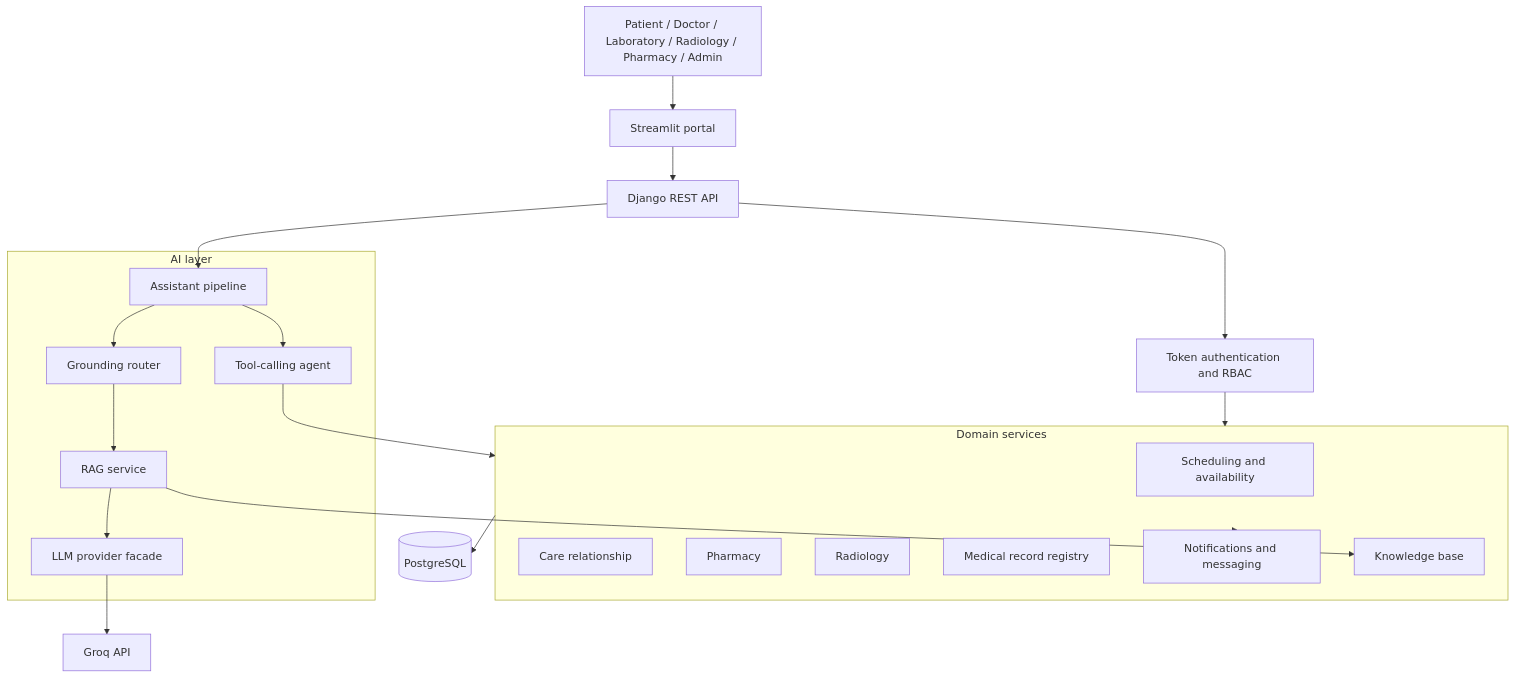
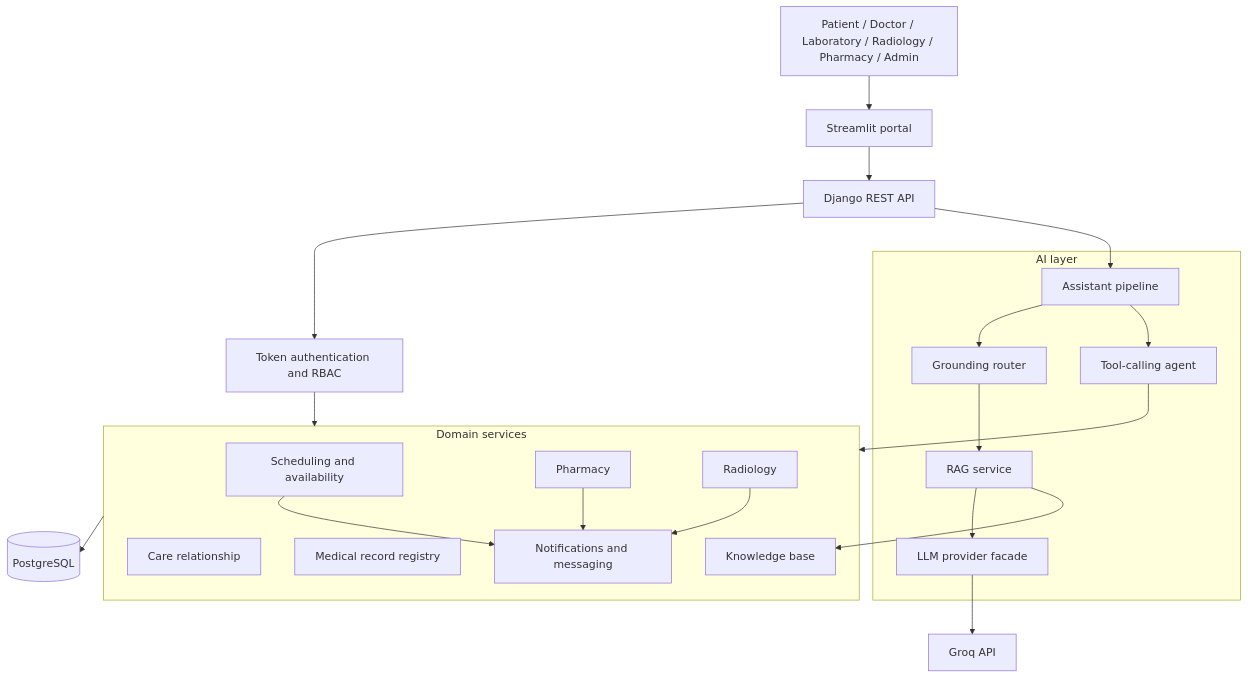
Before and after one commit to Yousef-7ossam/Roshada: the fifth of 21 diagrams in README.md, drawn with Mermaid. The commit also changed other lines of this file and 1 other file, not shown here.

````diff
--- a/README.md
+++ b/README.md
@@ -276,36 +276,38 @@
 ```mermaid
 graph TB
     U[Patient / Doctor / Laboratory / Radiology / Pharmacy / Admin]
     UI[Streamlit portal]
     API[Django REST API]
     AUTH[Token authentication and RBAC]
 
     subgraph Services["Domain services"]
         SCH[Scheduling and availability]
         CARE[Care relationship]
         PHARM[Pharmacy]
         RADS[Radiology]
         RECS[Medical record registry]
         COMMS[Notifications and messaging]
         KB[Knowledge base]
     end
 
     subgraph AIL["AI layer"]
         PIPE[Assistant pipeline]
         GRND[Grounding router]
         RAG[RAG service]
         AGENT[Tool-calling agent]
         LLM[LLM provider facade]
     end
 
     DB[(PostgreSQL)]
     GROQ[Groq API]
 
     U --> UI --> API --> AUTH --> Services --> DB
     API --> PIPE
     PIPE --> GRND --> RAG --> LLM
     PIPE --> AGENT --> Services
     RAG --> KB
     LLM --> GROQ
-    Services --> COMMS
+    SCH --> COMMS
+    PHARM --> COMMS
+    RADS --> COMMS
 ```
````
